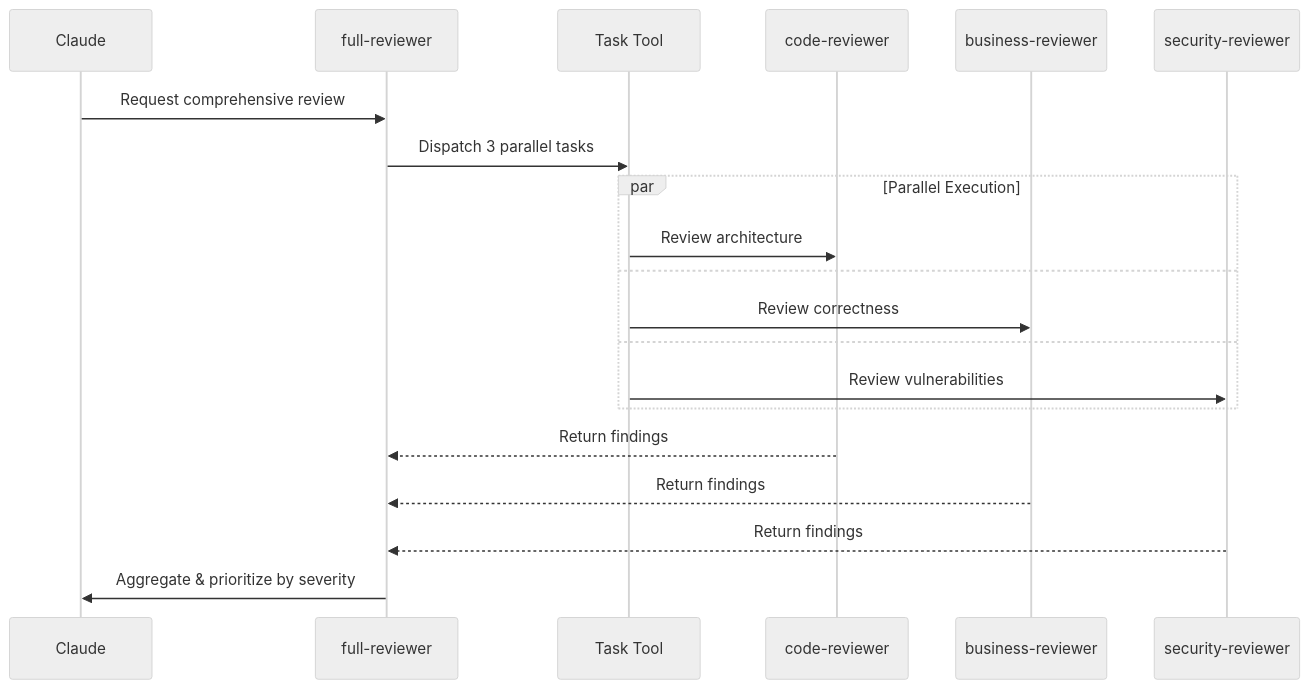
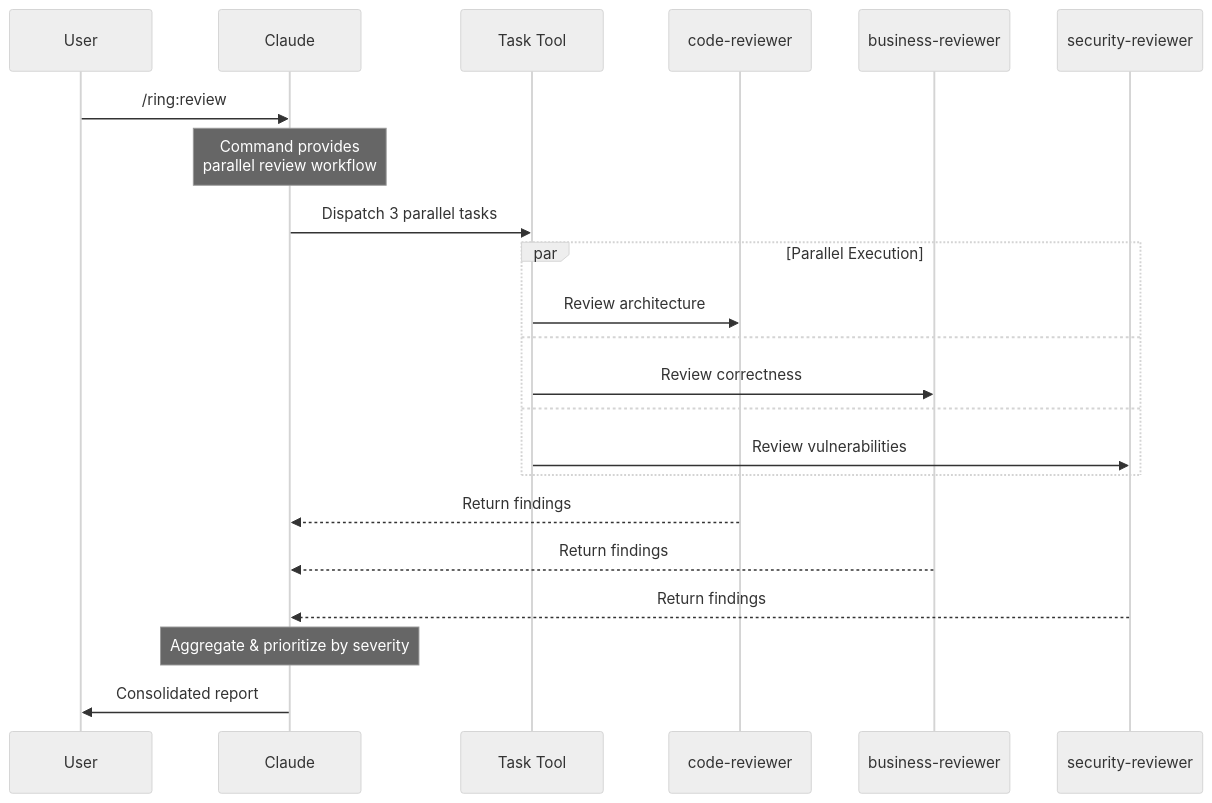
One commit to LerianStudio/ring changed the third of 3 diagrams in ARCHITECTURE.md. Above: the diagram before and after it, drawn with Mermaid (neutral theme). The commit also changed other lines of this file and 5 other files, not shown here.

First line of the commit message:
refactor(review): move parallel orchestration from agent to command

````diff
--- a/ARCHITECTURE.md
+++ b/ARCHITECTURE.md
@@ -195,26 +195,29 @@
 ```mermaid
 sequenceDiagram
+    participant User
     participant Claude
-    participant full-reviewer
     participant Task Tool
     participant code-reviewer
     participant business-reviewer
     participant security-reviewer
 
-    Claude->>full-reviewer: Request comprehensive review
-    full-reviewer->>Task Tool: Dispatch 3 parallel tasks
+    User->>Claude: /ring:review
+    Note over Claude: Command provides<br/>parallel review workflow
+
+    Claude->>Task Tool: Dispatch 3 parallel tasks
 
     par Parallel Execution
         Task Tool->>code-reviewer: Review architecture
         and
         Task Tool->>business-reviewer: Review correctness
         and
         Task Tool->>security-reviewer: Review vulnerabilities
     end
 
-    code-reviewer-->>full-reviewer: Return findings
-    business-reviewer-->>full-reviewer: Return findings
-    security-reviewer-->>full-reviewer: Return findings
+    code-reviewer-->>Claude: Return findings
+    business-reviewer-->>Claude: Return findings
+    security-reviewer-->>Claude: Return findings
 
-    full-reviewer->>Claude: Aggregate & prioritize by severity
+    Note over Claude: Aggregate & prioritize by severity
+    Claude->>User: Consolidated report
 ```
````
